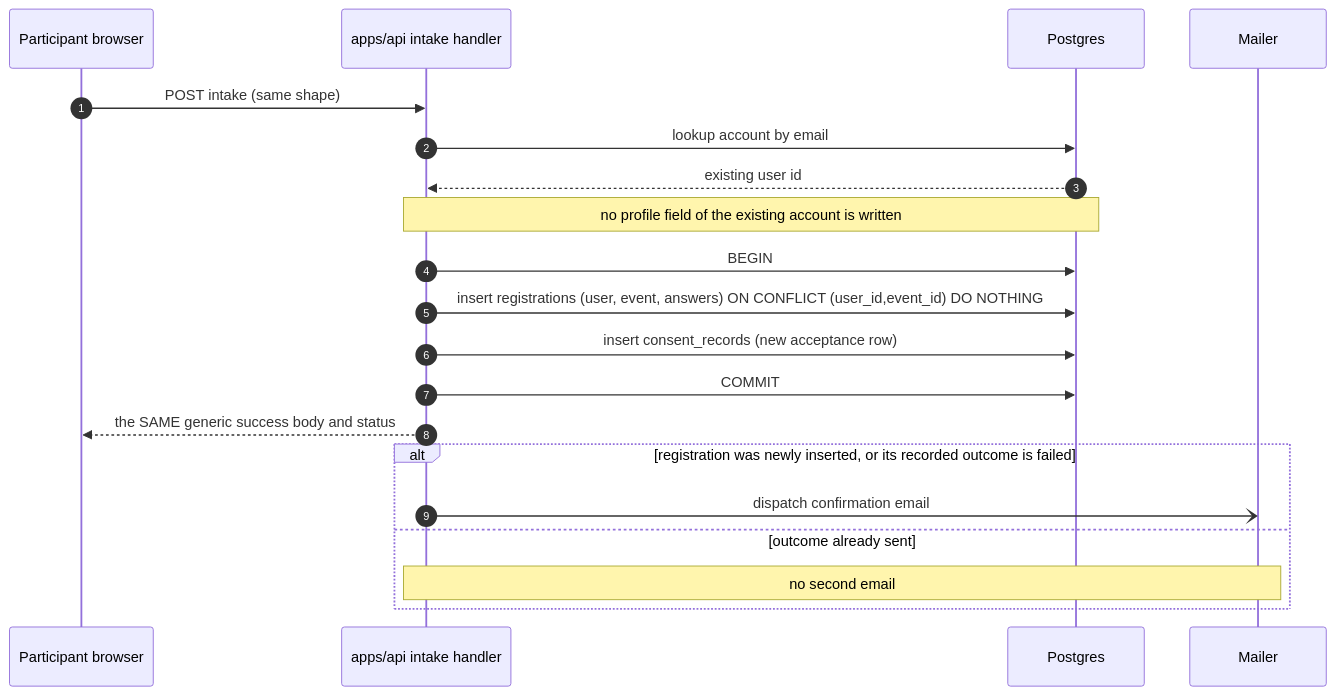
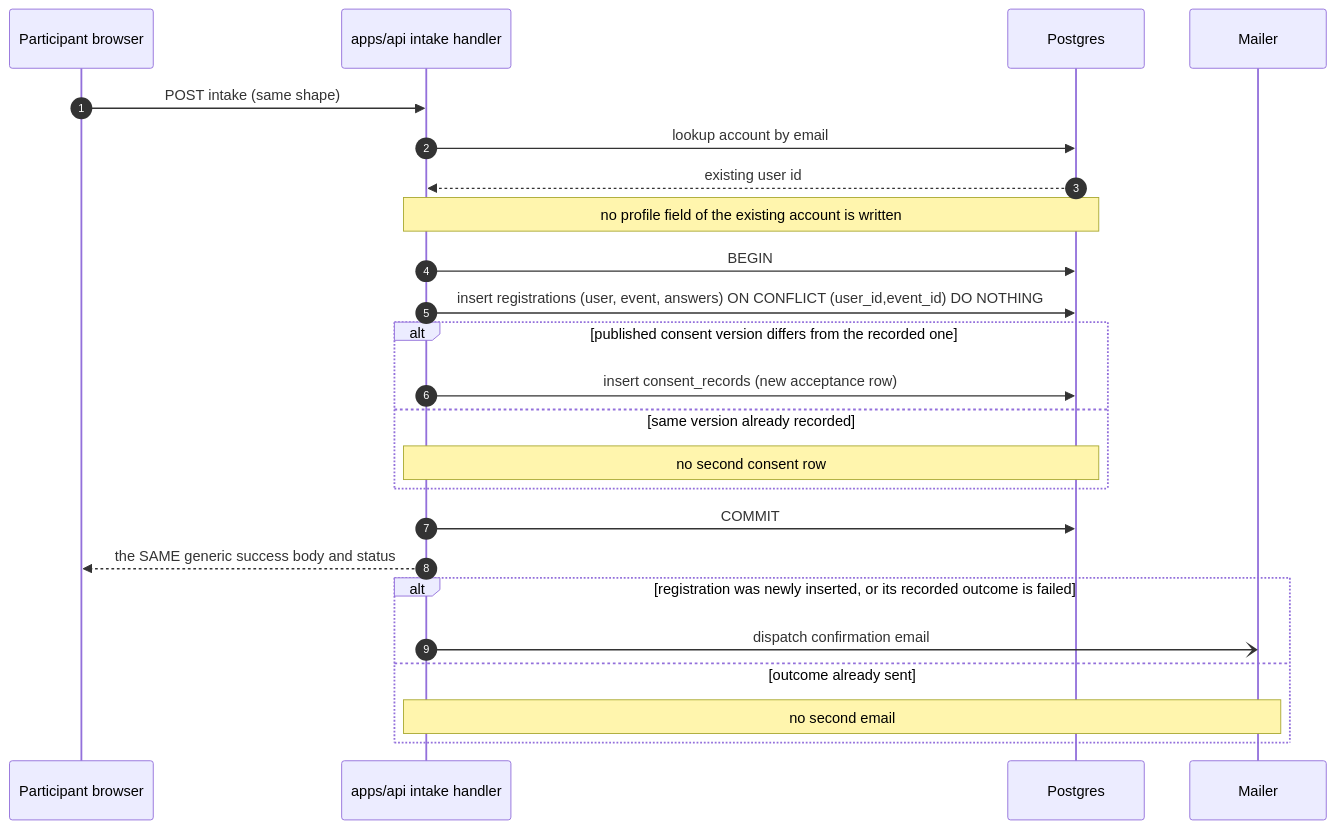
The second of 5 diagrams in apps/docs/content/specs/features/044-congress-signup/044-design.md (doctor-school/ds-platform), drawn with Mermaid before and after one commit. The commit also changed 5 other files, not shown here.

````diff
--- a/apps/docs/content/specs/features/044-congress-signup/044-design.md
+++ b/apps/docs/content/specs/features/044-congress-signup/044-design.md
@@ -54,23 +54,27 @@
 ```mermaid
 sequenceDiagram
     autonumber
     participant V as Participant browser
     participant A as apps/api intake handler
     participant D as Postgres
     participant M as Mailer
 
     V->>A: POST intake (same shape)
     A->>D: lookup account by email
     D-->>A: existing user id
     Note over A,D: no profile field of the existing account is written
     A->>D: BEGIN
     A->>D: insert registrations (user, event, answers) ON CONFLICT (user_id,event_id) DO NOTHING
-    A->>D: insert consent_records (new acceptance row)
+    alt published consent version differs from the recorded one
+        A->>D: insert consent_records (new acceptance row)
+    else same version already recorded
+        Note over A,D: no second consent row
+    end
     A->>D: COMMIT
     A-->>V: the SAME generic success body and status
     alt registration was newly inserted, or its recorded outcome is failed
         A-)M: dispatch confirmation email
     else outcome already sent
         Note over A,M: no second email
     end
 ```
````
